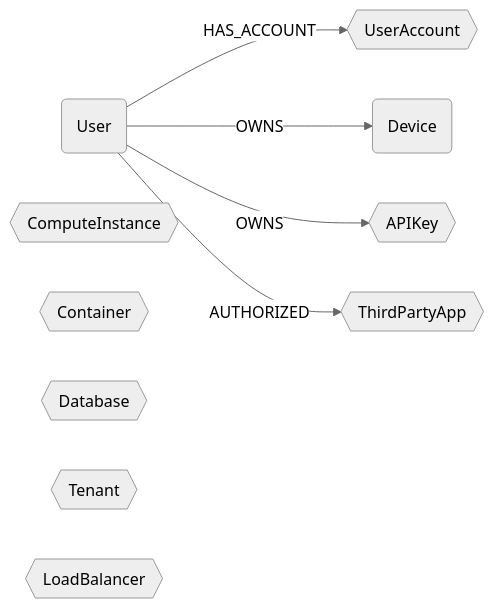
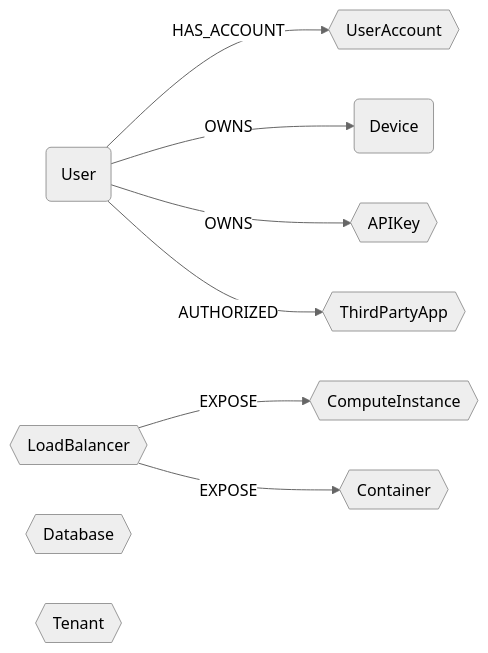
The diagram in docs/root/modules/ontology/schema.md (cartography-cncf/cartography), drawn with Mermaid (neutral theme) before and after one commit. The commit also changed other lines of this file and 5 other files, not shown here.

````diff
--- a/docs/root/modules/ontology/schema.md
+++ b/docs/root/modules/ontology/schema.md
@@ -6,13 +6,12 @@
 ```mermaid
 graph LR
 
 U(User) -- HAS_ACCOUNT --> UA{{UserAccount}}
 U -- OWNS --> CC(Device)
 U -- OWNS --> AK{{APIKey}}
 U -- AUTHORIZED --> OA{{ThirdPartyApp}}
-CI{{ComputeInstance}}
-CT{{Container}}
+LB{{LoadBalancer}} -- EXPOSE --> CI{{ComputeInstance}}
+LB -- EXPOSE --> CT{{Container}}
 DB{{Database}}
 TN{{Tenant}}
-LB{{LoadBalancer}}
 ```
````
